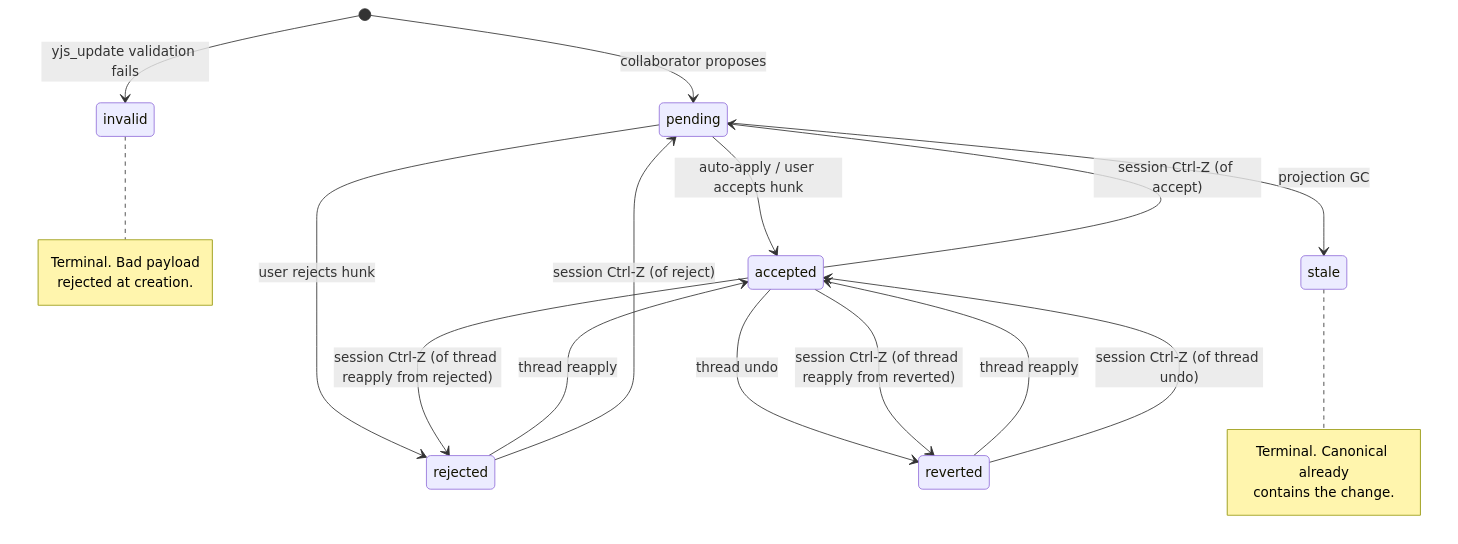
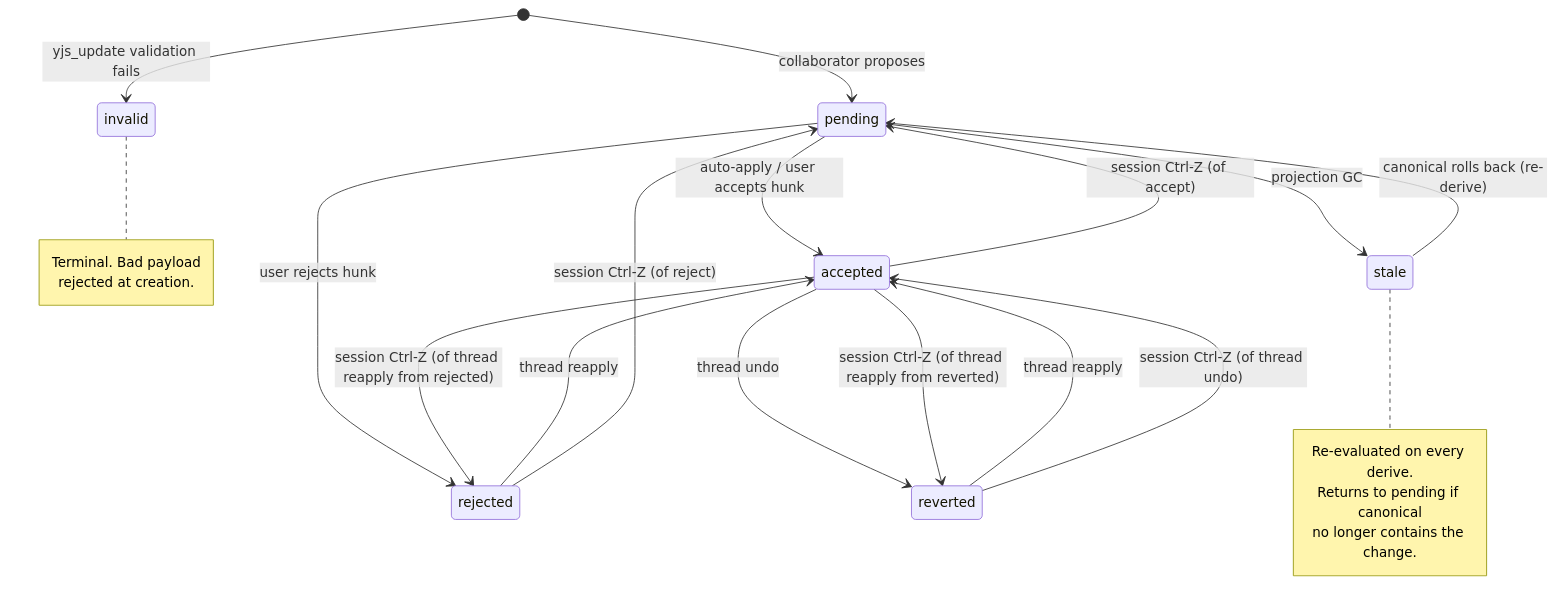
One commit to haowjy/meridian-flow changed the third of 3 diagrams in .meridian/work/collab-data-model-v2/spec/architecture.md. Above: the diagram before and after it, drawn with Mermaid. The commit also changed other lines of this file and 37 other files, not shown here.

````diff
--- a/.meridian/work/collab-data-model-v2/spec/architecture.md
+++ b/.meridian/work/collab-data-model-v2/spec/architecture.md
@@ -176,23 +178,24 @@
 ```mermaid
 stateDiagram-v2
     [*] --> pending : collaborator proposes
 
     pending --> accepted : auto-apply / user accepts hunk
     pending --> rejected : user rejects hunk
     pending --> stale : projection GC
+    stale --> pending : canonical rolls back (re-derive)
 
     accepted --> reverted : thread undo
     accepted --> pending : session Ctrl-Z (of accept)
     reverted --> accepted : thread reapply
     reverted --> accepted : session Ctrl-Z (of thread undo)
     rejected --> accepted : thread reapply
 
     rejected --> pending : session Ctrl-Z (of reject)
     accepted --> reverted : session Ctrl-Z (of thread reapply from reverted)
     accepted --> rejected : session Ctrl-Z (of thread reapply from rejected)
 
     [*] --> invalid : yjs_update validation fails
 
-    note right of stale : Terminal. Canonical already<br/>contains the change.
+    note right of stale : Re-evaluated on every derive.<br/>Returns to pending if canonical<br/>no longer contains the change.
     note right of invalid : Terminal. Bad payload<br/>rejected at creation.
 ```
````
